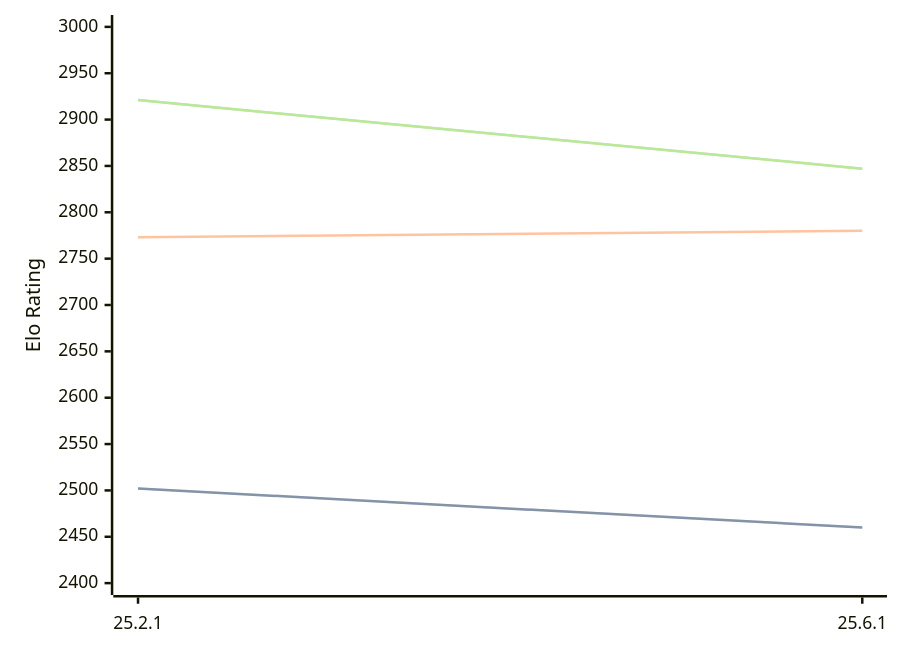
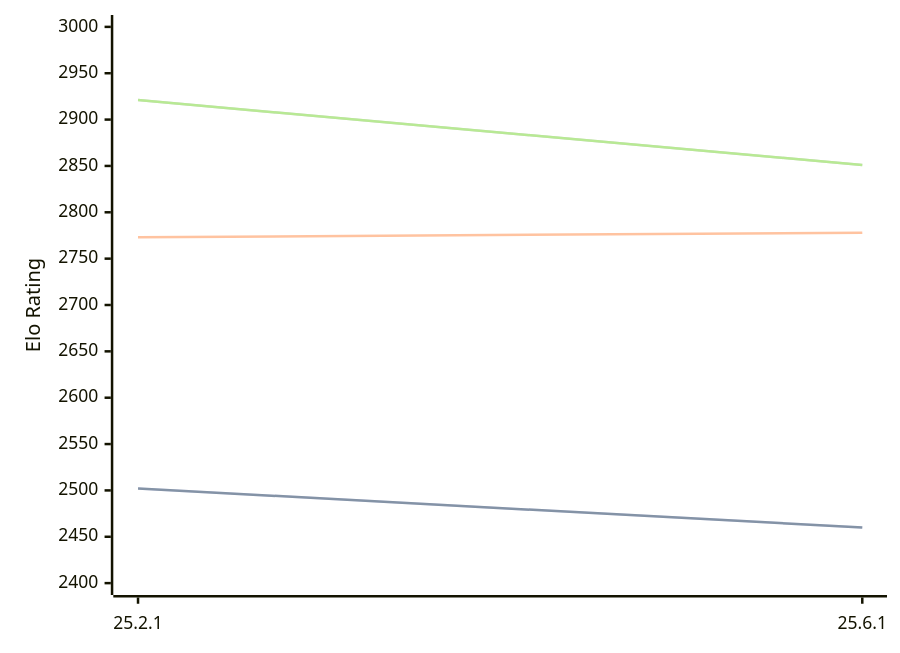
The third of 3 diagrams in engines/Crafty.md (computer-chess-index/cci), drawn with Mermaid before and after one commit. The commit also changed other lines of this file, not shown here.

Commit message:
Update CCI Ratings (ELO VLTC) - 2026-07-10

````diff
--- a/engines/Crafty.md
+++ b/engines/Crafty.md
@@ -65,11 +65,11 @@
 ```mermaid
 %%{init: {"theme":"base","themeVariables":{"seriesColors:['#a3a3a3','#222221','#faa371']}}}%%
 xychart-beta
   x-axis ["25.2.1", "25.6.1"]
   y-axis "Elo Rating" 2400 --> 3000
   line "STC (8.0+0.08s)" [2502, 2460]
   line "STC (8.0+0.08s)" [2502, 2460]
-  line "LTC (60.0+0.60s)" [2773, 2780]
-  line "VLTC (2m24s+1.12s)" [2921, 2847]
-  line "VLTC (2m24s+1.12s)" [2921, 2847]
+  line "LTC (60.0+0.60s)" [2773, 2778]
+  line "VLTC (2m24s+1.12s)" [2921, 2851]
+  line "VLTC (2m24s+1.12s)" [2921, 2851]
 ```
````
